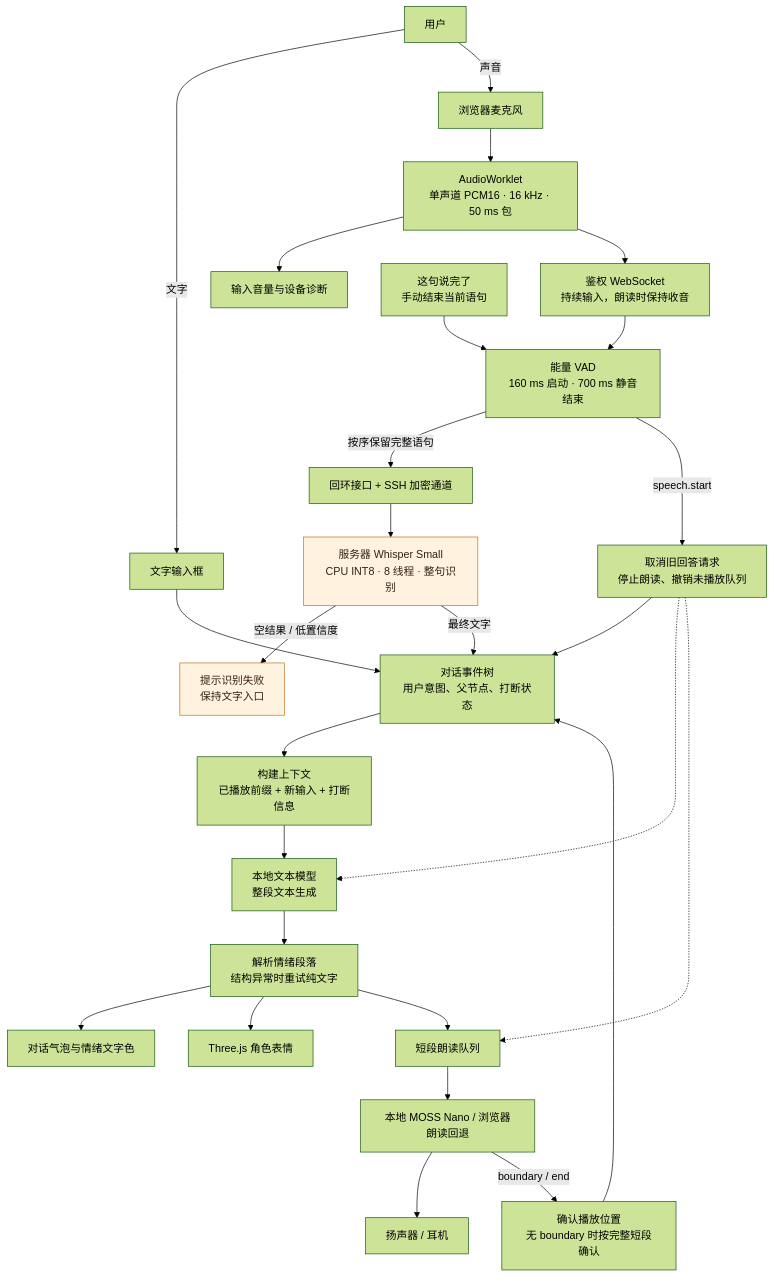
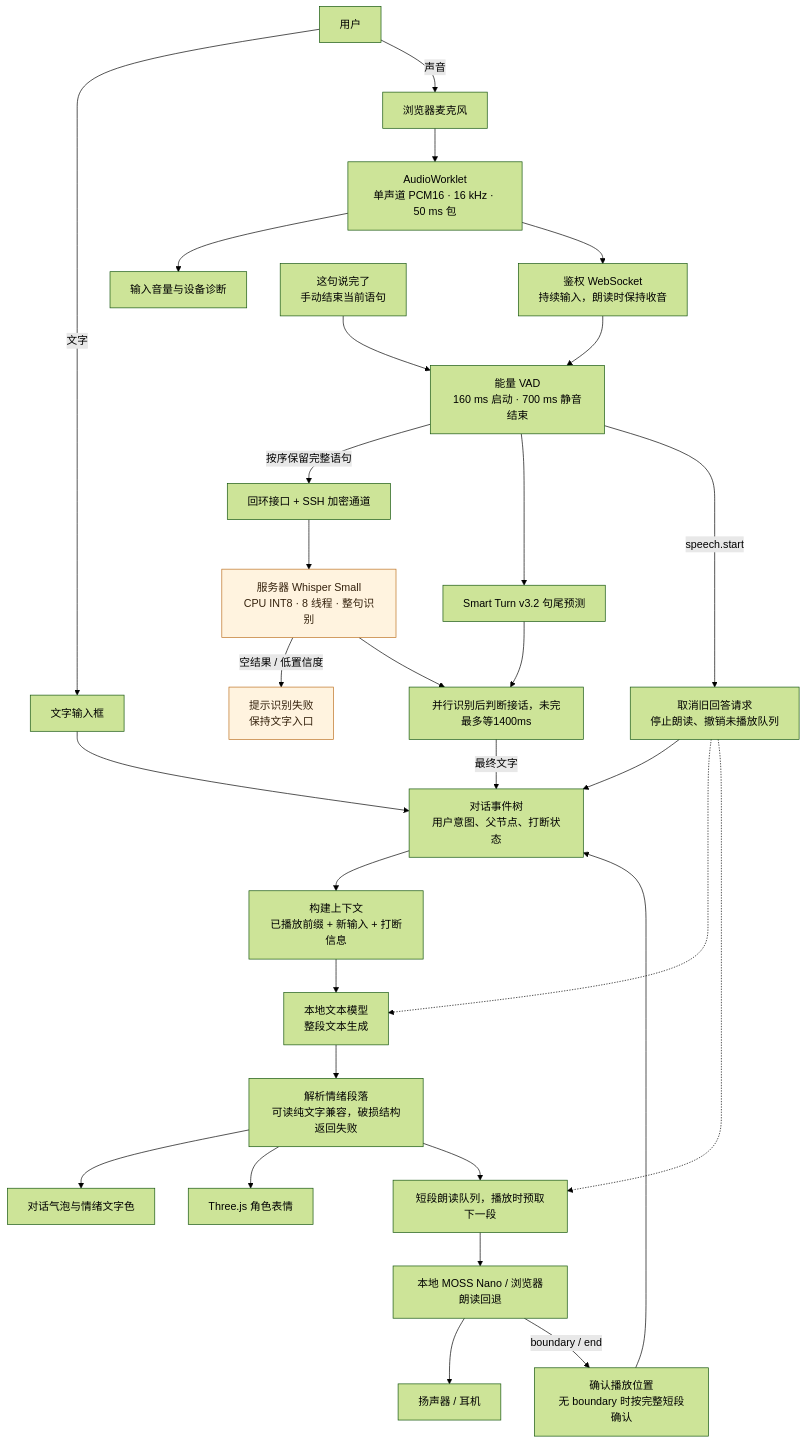
One commit to wuki-creator/Xim-duplex changed the second of 5 diagrams in docs/MODEL_FLOW.md. Above: the diagram before and after it, drawn with Mermaid (forest theme). The commit also changed other lines of this file and 26 other files, not shown here.

````diff
--- a/docs/MODEL_FLOW.md
+++ b/docs/MODEL_FLOW.md
@@ -27,32 +27,35 @@
 ```mermaid
 flowchart TD
     U[用户] -->|文字| TEXT[文字输入框]
     U -->|声音| MIC[浏览器麦克风]
     MIC --> CAP[AudioWorklet<br/>单声道 PCM16 · 16 kHz · 50 ms 包]
     CAP --> METER[输入音量与设备诊断]
     CAP --> WS[鉴权 WebSocket<br/>持续输入，朗读时保持收音]
     WS --> VAD[能量 VAD<br/>160 ms 启动 · 700 ms 静音结束]
     FINISH[这句说完了<br/>手动结束当前语句] --> VAD
     VAD -->|按序保留完整语句| TUNNEL[回环接口 + SSH 加密通道]
     TUNNEL --> ASR[服务器 Whisper Small<br/>CPU INT8 · 8 线程 · 整句识别]
     ASR -->|空结果 / 低置信度| FAIL[提示识别失败<br/>保持文字入口]
-    ASR -->|最终文字| TURN[对话事件树<br/>用户意图、父节点、打断状态]
+    VAD --> ENDPOINT[Smart Turn v3.2 句尾预测]
+    ENDPOINT --> GATE[并行识别后判断接话，未完最多等1400ms]
+    ASR --> GATE
+    GATE -->|最终文字| TURN[对话事件树<br/>用户意图、父节点、打断状态]
     TEXT --> TURN
     TURN --> CTX[构建上下文<br/>已播放前缀 + 新输入 + 打断信息]
     CTX --> LLM[本地文本模型<br/>整段文本生成]
-    LLM --> JSON[解析情绪段落<br/>结构异常时重试纯文字]
+    LLM --> JSON[解析情绪段落<br/>可读纯文字兼容，破损结构返回失败]
     JSON --> UI[对话气泡与情绪文字色]
     JSON --> PET[Three.js 角色表情]
-    JSON --> CHUNK[短段朗读队列]
+    JSON --> CHUNK[短段朗读队列，播放时预取下一段]
     CHUNK --> TTS[本地 MOSS Nano / 浏览器朗读回退]
     TTS --> OUT[扬声器 / 耳机]
     TTS -->|boundary / end| ACK[确认播放位置<br/>无 boundary 时按完整短段确认]
     ACK --> TURN
     VAD -->|speech.start| STOP[取消旧回答请求<br/>停止朗读、撤销未播放队列]
     STOP --> TURN
     STOP -.-> LLM
     STOP -.-> CHUNK
 
     classDef pending fill:#fff3df,stroke:#bc7020,color:#34210c;
     class ASR,FAIL pending;
 ```
````
